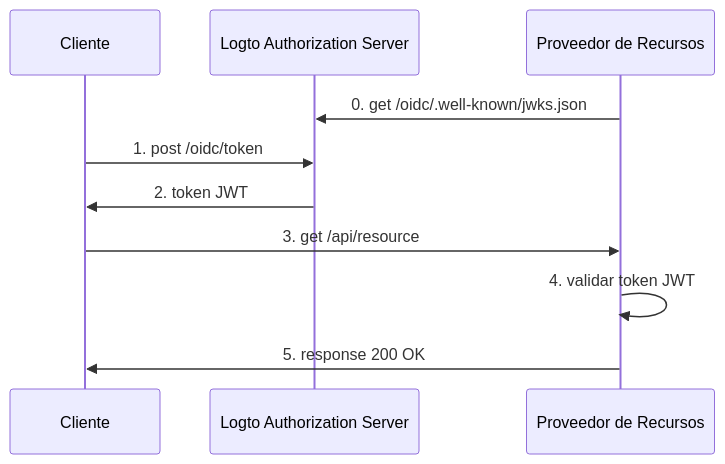
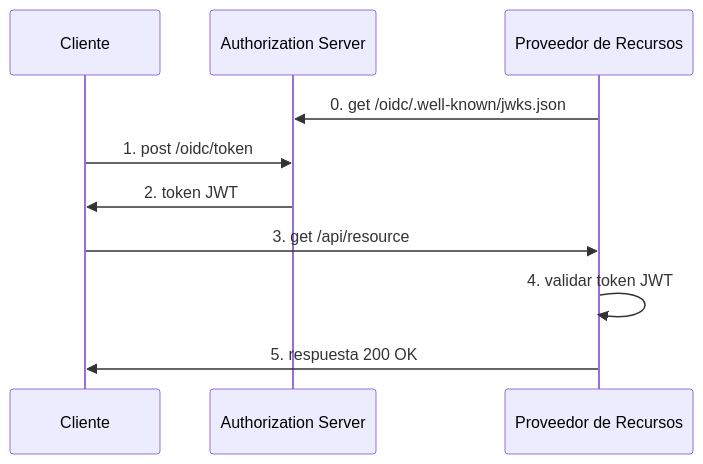
One commit to logto-io/auth-wiki changed the second of 2 diagrams in src/content/terms/es/opaque-token.mdx. Above: the diagram before and after it, drawn with Mermaid. The commit also changed other lines of this file and 98 other files, not shown here.

````diff
--- a/src/content/terms/es/opaque-token.mdx
+++ b/src/content/terms/es/opaque-token.mdx
@@ -73,16 +73,16 @@
 ```mermaid
 
 sequenceDiagram
     participant C as Cliente
-    participant AS as Logto Authorization Server
+    participant AS as Authorization Server
     participant RP as Proveedor de Recursos
 
     RP ->> AS: 0. get /oidc/.well-known/jwks.json
 
     C ->> AS: 1. post /oidc/token
     AS ->> C: 2. token JWT
     C ->> RP: 3. get /api/resource
     RP ->> RP: 4. validar token JWT
-    RP ->> C: 5. response 200 OK
+    RP ->> C: 5. respuesta 200 OK
 
 ```
````
